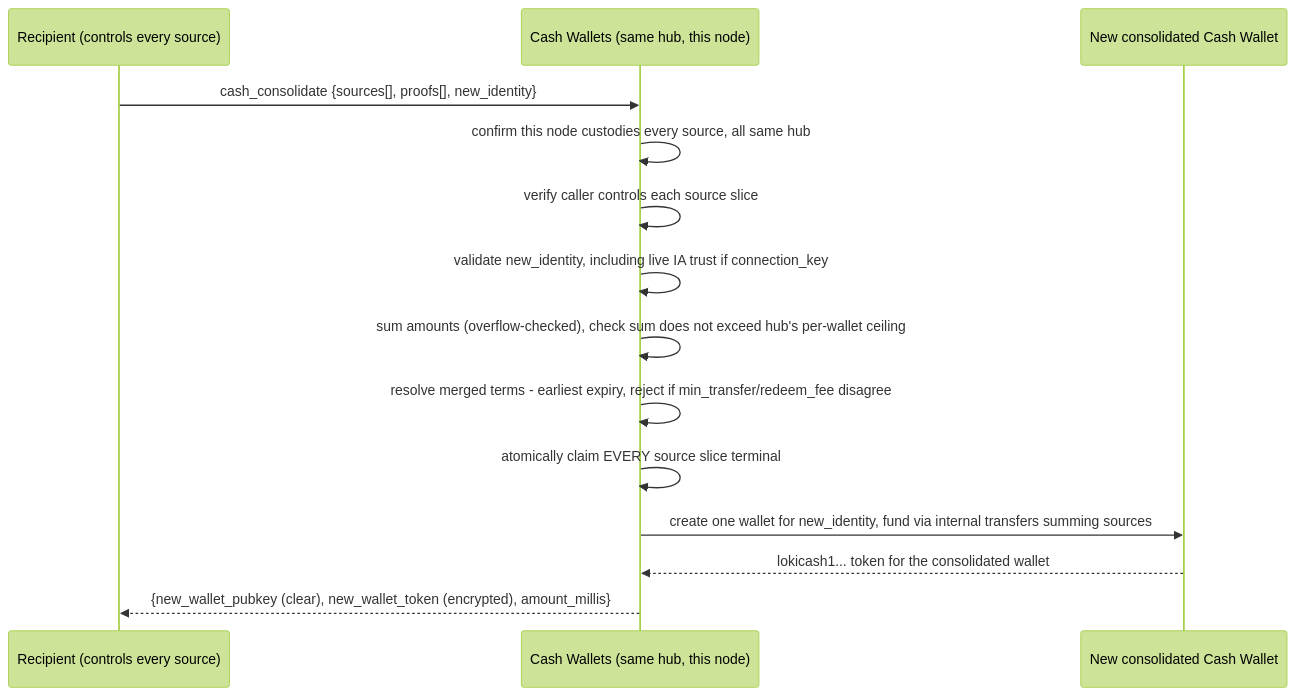
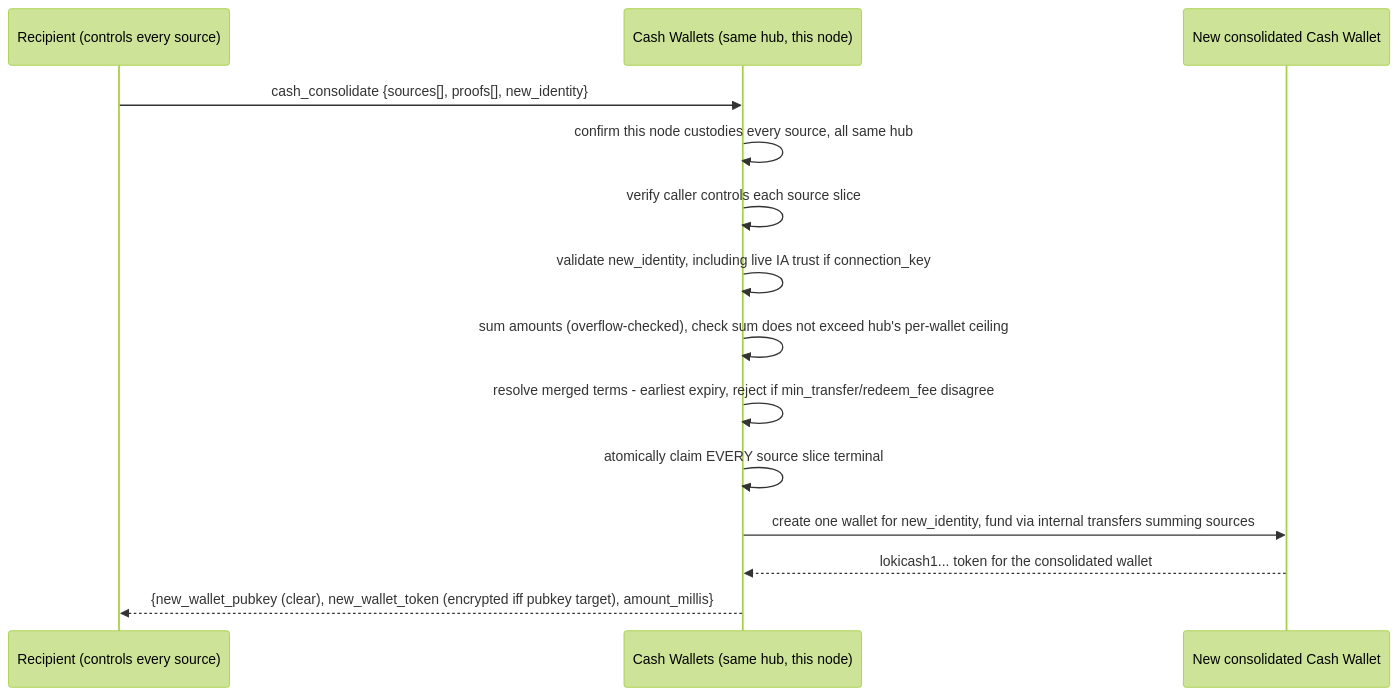
One commit to flokiorg/lokihub changed the sixth of 8 diagrams in docs/nips/NIP-CASH.md. Above: the diagram before and after it, drawn with Mermaid (forest theme). The commit also changed other lines of this file, not shown here.

````diff
--- a/docs/nips/NIP-CASH.md
+++ b/docs/nips/NIP-CASH.md
@@ -817,17 +818,17 @@
 ```mermaid
 sequenceDiagram
     participant Caller as Recipient (controls every source)
     participant Node as Cash Wallets (same hub, this node)
     participant New as New consolidated Cash Wallet
 
     Caller->>Node: cash_consolidate {sources[], proofs[], new_identity}
     Node->>Node: confirm this node custodies every source, all same hub
     Node->>Node: verify caller controls each source slice
     Node->>Node: validate new_identity, including live IA trust if connection_key
     Node->>Node: sum amounts (overflow-checked), check sum does not exceed hub's per-wallet ceiling
     Node->>Node: resolve merged terms - earliest expiry, reject if min_transfer/redeem_fee disagree
     Node->>Node: atomically claim EVERY source slice terminal
     Node->>New: create one wallet for new_identity, fund via internal transfers summing sources
     New-->>Node: lokicash1... token for the consolidated wallet
-    Node-->>Caller: {new_wallet_pubkey (clear), new_wallet_token (encrypted), amount_millis}
+    Node-->>Caller: {new_wallet_pubkey (clear), new_wallet_token (encrypted iff pubkey target), amount_millis}
 ```
````
